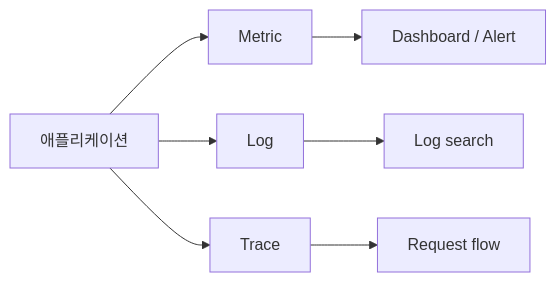
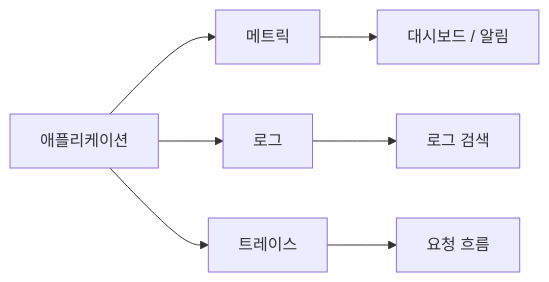
The diagram in content/observability-101/ko/01-what-is-observability.md (yeongseon-books/book-content), drawn with Mermaid before and after one commit. The commit also changed other lines of this file and 3 other files, not shown here.

````diff
--- a/content/observability-101/ko/01-what-is-observability.md
+++ b/content/observability-101/ko/01-what-is-observability.md
@@ -35,9 +55,9 @@
 ```mermaid
 flowchart LR
-    App["애플리케이션"] --> Metric["Metric"]
-    App --> Log["Log"]
-    App --> Trace["Trace"]
-    Metric --> Dashboard["Dashboard / Alert"]
-    Log --> Search["Log search"]
-    Trace --> Flow["Request flow"]
+    App["애플리케이션"] --> Metric["메트릭"]
+    App --> Log["로그"]
+    App --> Trace["트레이스"]
+    Metric --> Dashboard["대시보드 / 알림"]
+    Log --> Search["로그 검색"]
+    Trace --> Flow["요청 흐름"]
 ```
````
